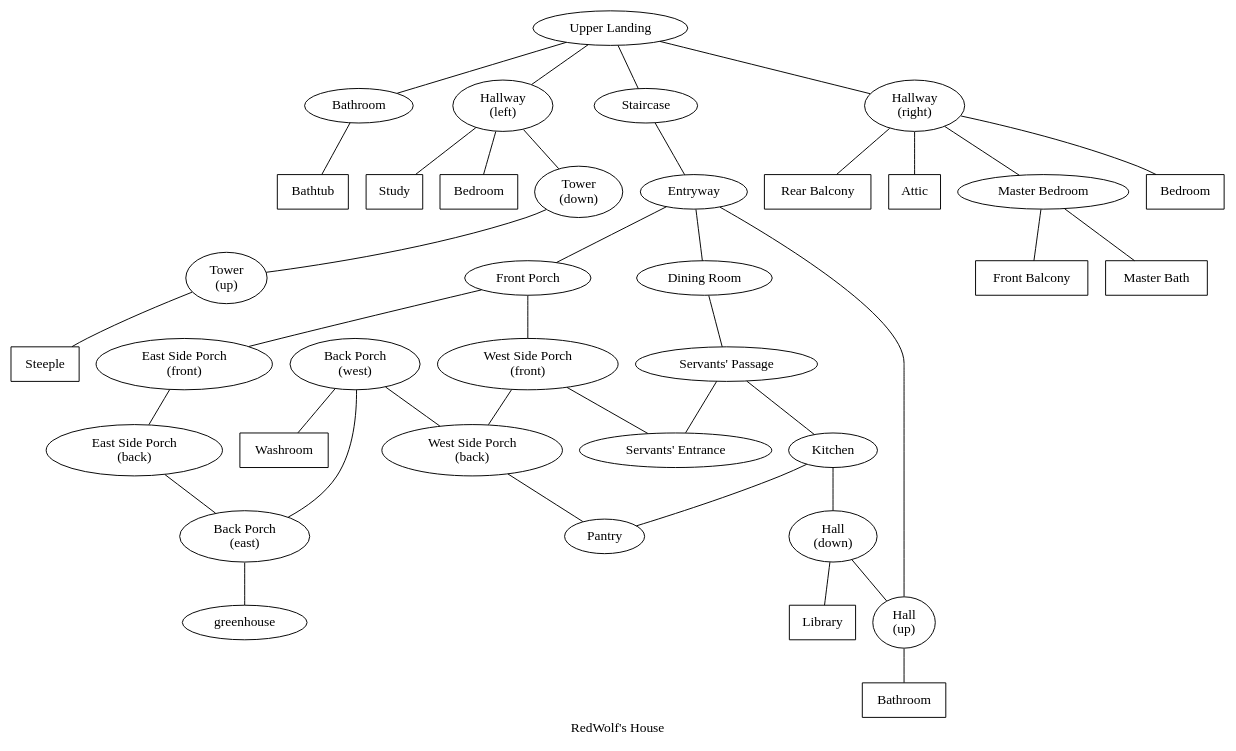
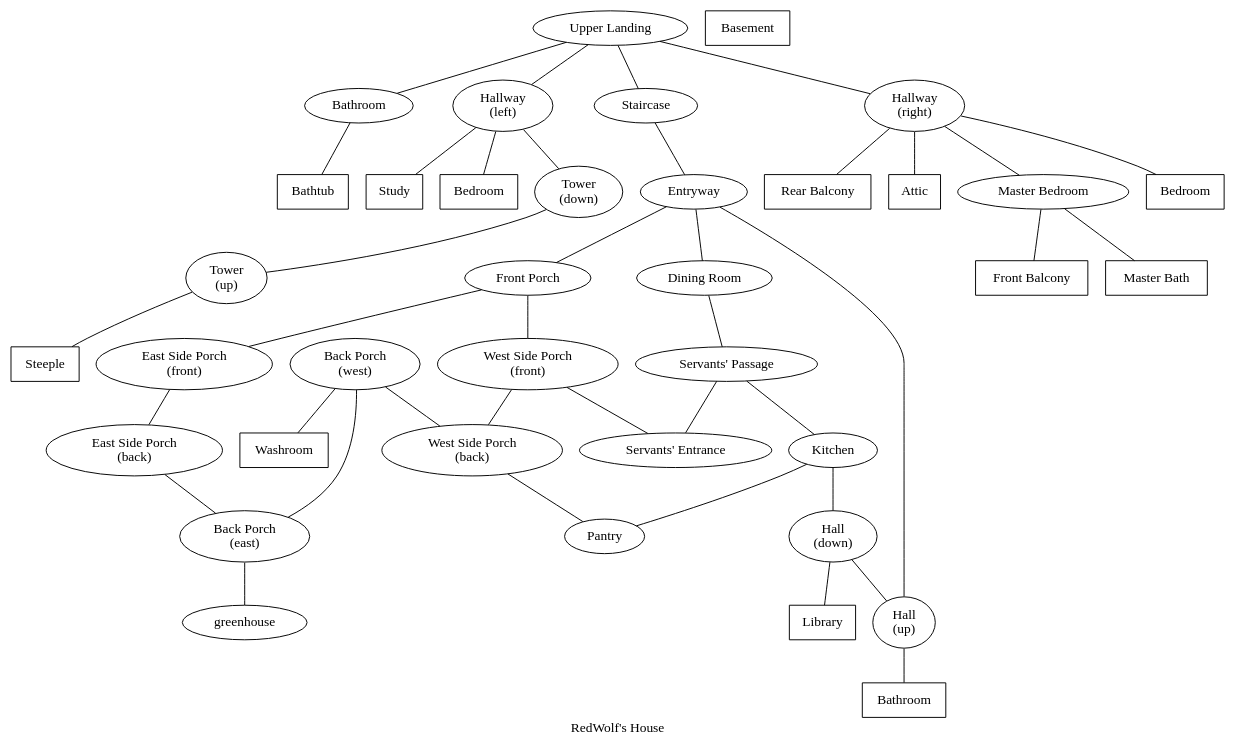
One commit to anderbubble/CaveMUSH-map changed the diagram in redwolf_house.dot. Above: the diagram before and after it, drawn with Graphviz. The commit also changed 1 other file, not shown here.

Commit message:
Put the basement in the house's cluster

```diff
--- a/redwolf_house.dot
+++ b/redwolf_house.dot
@@ -1,61 +1,62 @@
 graph cluster_house_redwolf {
         label = "RedWolf's House"
         style = filled
         color = lightgrey
 
         Washroom[shape="box"]
+        Basement[shape="box"]
 
         # porch
         "Front Porch" -- "East Side Porch\n(front)"
         "Front Porch" -- "West Side Porch\n(front)"
         "Back Porch\n(west)" -- "West Side Porch\n(back)"
         "Back Porch\n(west)" -- Washroom
         "Back Porch\n(west)" -- "Back Porch\n(east)"
         "Back Porch\n(east)" -- greenhouse
         "East Side Porch\n(front)" -- "East Side Porch\n(back)"
         "East Side Porch\n(back)" -- "Back Porch\n(east)"
         "West Side Porch\n(front)" -- "Servants' Entrance"
         "West Side Porch\n(front)" -- "West Side Porch\n(back)"
         "West Side Porch\n(back)" -- Pantry
 
         # upstairs
         Steeple[shape="box"]
         Study[shape="box"]
         bedroom2[shape="box" label="Bedroom"]
         bedroom3[shape="box" label="Bedroom"]
         bathroom2[label="Bathroom"]
         Bathtub[shape="box"]
         "Rear Balcony"[shape="box"]
         "Front Balcony"[shape="box"]
         "Master Bath"[shape="box"]
         Attic[shape="box"]
         bathroom3[label="Bathroom" shape="box"]
         Library[shape="box"]
 
         "Upper Landing" -- "Hallway\n(left)"
         "Upper Landing" -- Staircase -- Entryway
         "Upper Landing" -- bathroom2 -- Bathtub
         "Upper Landing" -- "Hallway\n(right)"
 
         "Hallway\n(left)" -- "Tower\n(down)" -- "Tower\n(up)" -- Steeple
         "Hallway\n(left)" -- Study
         "Hallway\n(left)" -- bedroom2
 
         "Hallway\n(right)" -- "Rear Balcony"
         "Hallway\n(right)" -- "Master Bedroom"
         "Master Bedroom" -- "Master Bath"
         "Master Bedroom" -- "Front Balcony"
         "Hallway\n(right)" -- bedroom3
         "Hallway\n(right)" -- Attic
 
         Entryway -- "Dining Room" -- "Servants' Passage"
         "Servants' Passage" -- "Servants' Entrance"
         "Servants' Passage" -- Kitchen
         Kitchen -- Pantry
         Kitchen -- "Hall\n(down)"
         "Hall\n(down)" -- "Hall\n(up)"
         "Hall\n(down)" -- Library
         Entryway -- "Hall\n(up)"
         "Hall\n(up)" -- bathroom3
         Entryway -- "Front Porch"
 }
```
